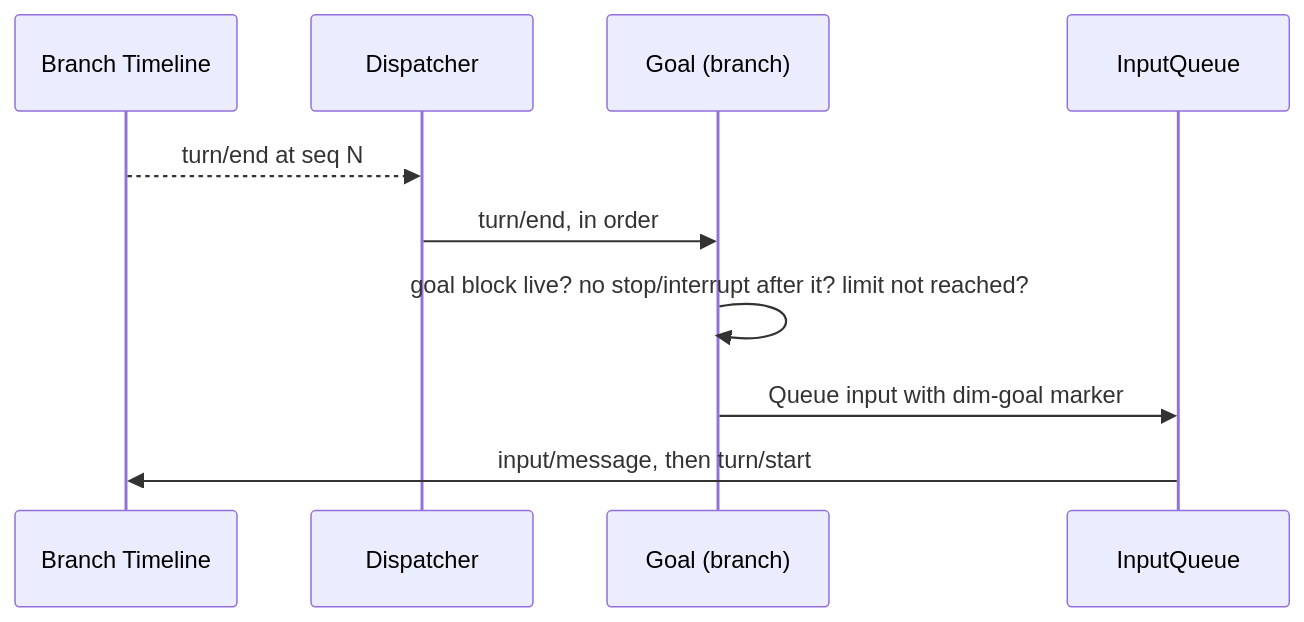
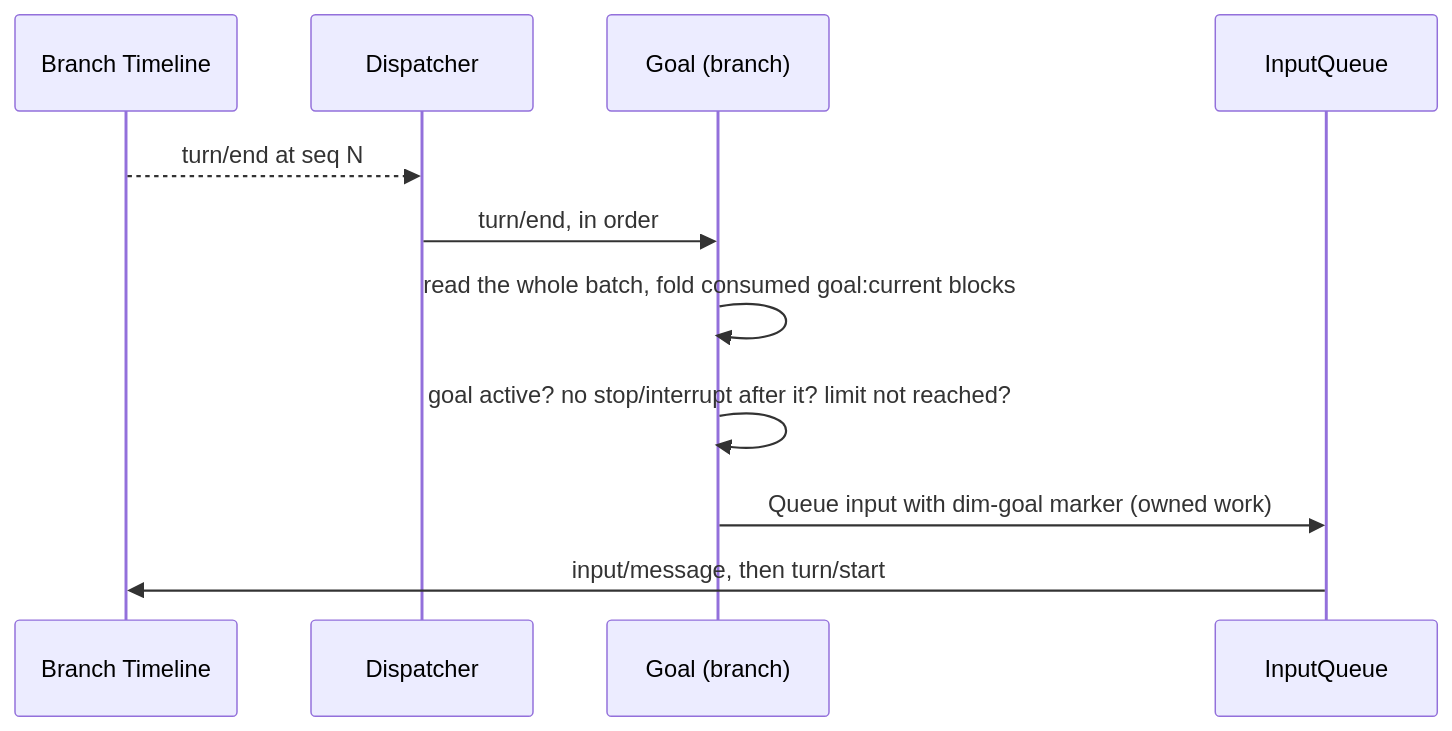
The fourth of 8 diagrams in docs/design/overview.md (CoutinhoTTS/dim-agent), drawn with Mermaid before and after one commit. The commit also changed other lines of this file and 40 other files, not shown here.

````diff
--- a/docs/design/overview.md
+++ b/docs/design/overview.md
@@ -214,12 +214,13 @@
 ```mermaid
 sequenceDiagram
   participant TL as Branch Timeline
   participant D as Dispatcher
   participant G as Goal (branch)
   participant IQ as InputQueue
   TL-->>D: turn/end at seq N
   D->>G: turn/end, in order
-  G->>G: goal block live? no stop/interrupt after it? limit not reached?
-  G->>IQ: Queue input with dim-goal marker
+  G->>G: read the whole batch, fold consumed goal:current blocks
+  G->>G: goal active? no stop/interrupt after it? limit not reached?
+  G->>IQ: Queue input with dim-goal marker (owned work)
   IQ->>TL: input/message, then turn/start
 ```
````
